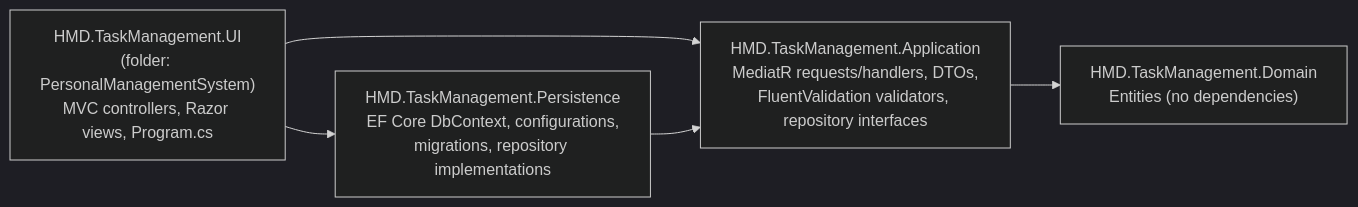
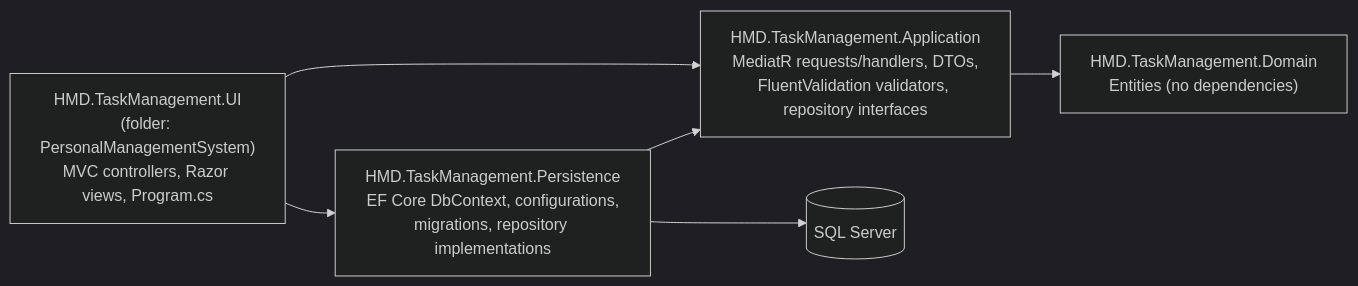
One commit to HalilMertDeveli/TaskManagementSystem changed the first of 2 diagrams in README.md. Above: the diagram before and after it, drawn with Mermaid (dark theme). The commit also changed other lines of this file, not shown here.

````diff
--- a/README.md
+++ b/README.md
@@ -58,12 +89,14 @@
 ```mermaid
 flowchart LR
     UI["HMD.TaskManagement.UI<br/>(folder: PersonalManagementSystem)<br/>MVC controllers, Razor views, Program.cs"]
     APP["HMD.TaskManagement.Application<br/>MediatR requests/handlers, DTOs,<br/>FluentValidation validators, repository interfaces"]
     PER["HMD.TaskManagement.Persistence<br/>EF Core DbContext, configurations,<br/>migrations, repository implementations"]
     DOM["HMD.TaskManagement.Domain<br/>Entities (no dependencies)"]
+    DB[("SQL Server")]
 
     UI --> APP
     UI --> PER
     PER --> APP
     APP --> DOM
+    PER --> DB
 ```
````
